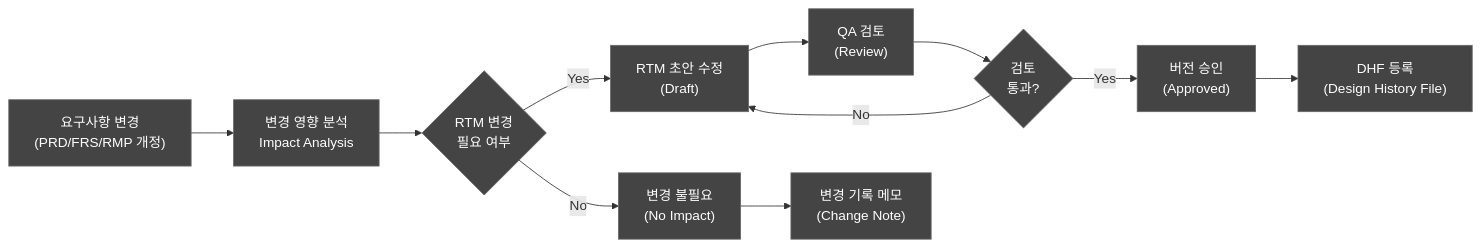
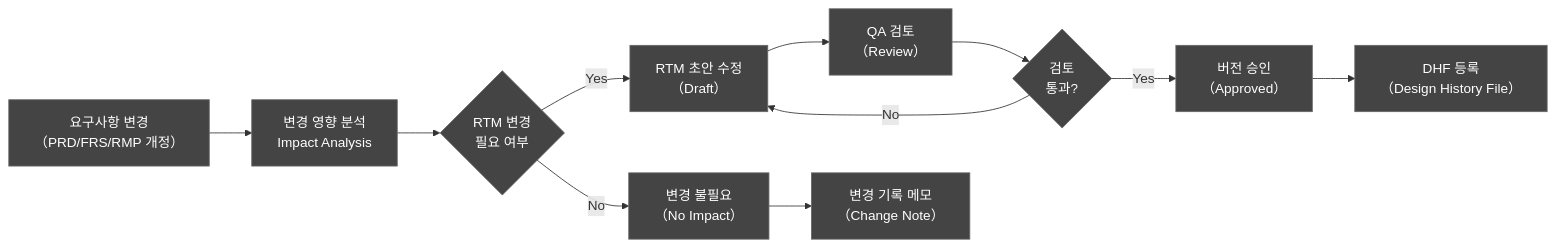
The sixth of 6 diagrams in docs/verification/DOC-032_RTM_v2.0.md (holee9/console-gui), drawn with Mermaid before and after one commit. The commit also changed other lines of this file and 22 other files, not shown here.

First line of the commit message:
fix: Mermaid flowchart 노드 내 괄호 파싱 오류 전면 수정

````diff
--- a/docs/verification/DOC-032_RTM_v2.0.md
+++ b/docs/verification/DOC-032_RTM_v2.0.md
@@ -569,15 +569,15 @@
 ```mermaid
 flowchart LR
-    A["요구사항 변경\n(PRD/FRS/RMP 개정)"] --> B["변경 영향 분석\nImpact Analysis"]
+    A["요구사항 변경\n（PRD/FRS/RMP 개정）"] --> B["변경 영향 분석\nImpact Analysis"]
     B --> C{"RTM 변경\n필요 여부"}
-    C -- Yes --> D["RTM 초안 수정\n(Draft)"]
-    D --> E["QA 검토\n(Review)"]
+    C -- Yes --> D["RTM 초안 수정\n（Draft）"]
+    D --> E["QA 검토\n（Review）"]
     E --> F{"검토\n통과?"}
     F -- No --> D
-    F -- Yes --> G["버전 승인\n(Approved)"]
-    G --> H["DHF 등록\n(Design History File)"]
-    C -- No --> I["변경 불필요\n(No Impact)"]
-    I --> J["변경 기록 메모\n(Change Note)"]
+    F -- Yes --> G["버전 승인\n（Approved）"]
+    G --> H["DHF 등록\n（Design History File）"]
+    C -- No --> I["변경 불필요\n（No Impact）"]
+    I --> J["변경 기록 메모\n（Change Note）"]
 
     classDef default fill:#444,stroke:#666,color:#fff
 ```
````
